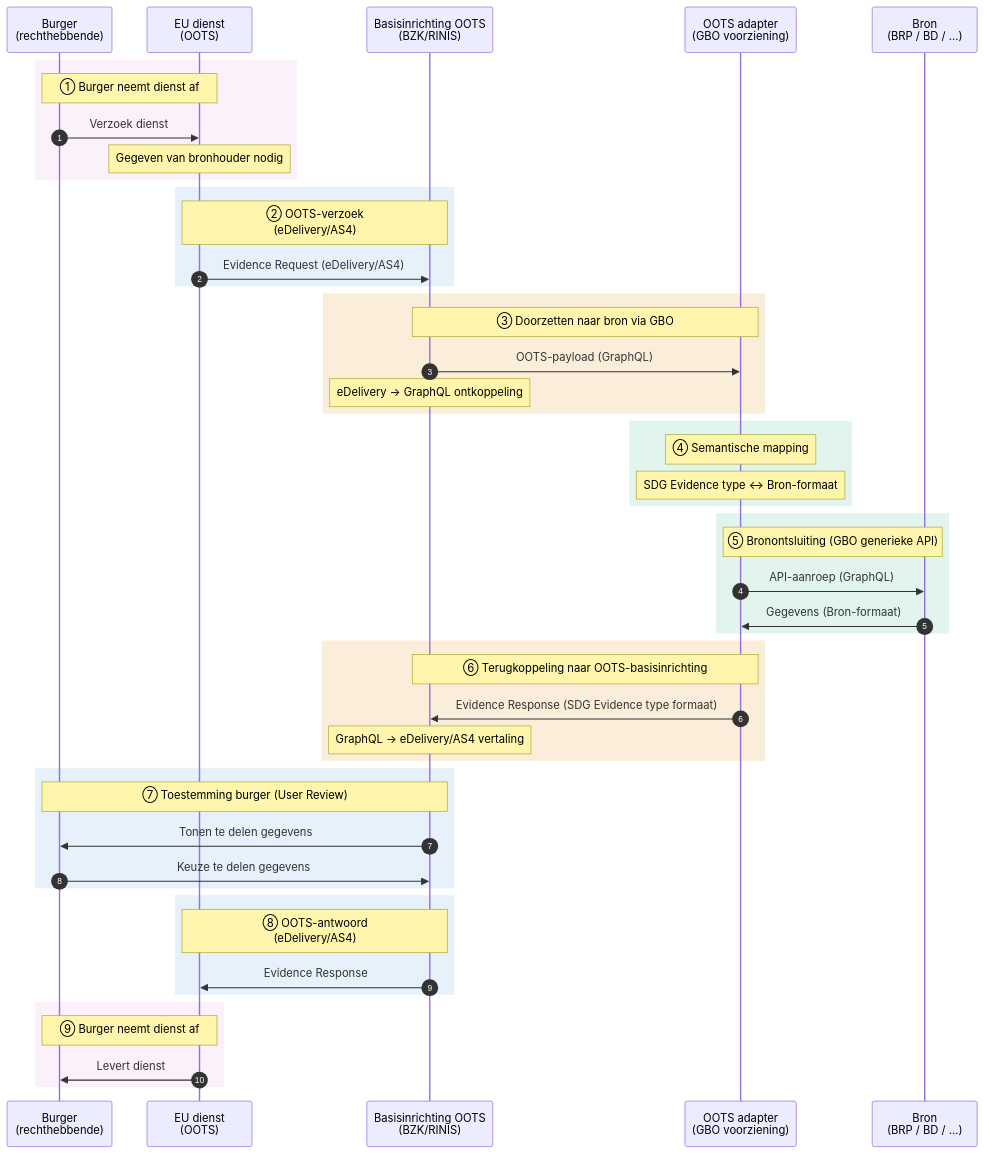
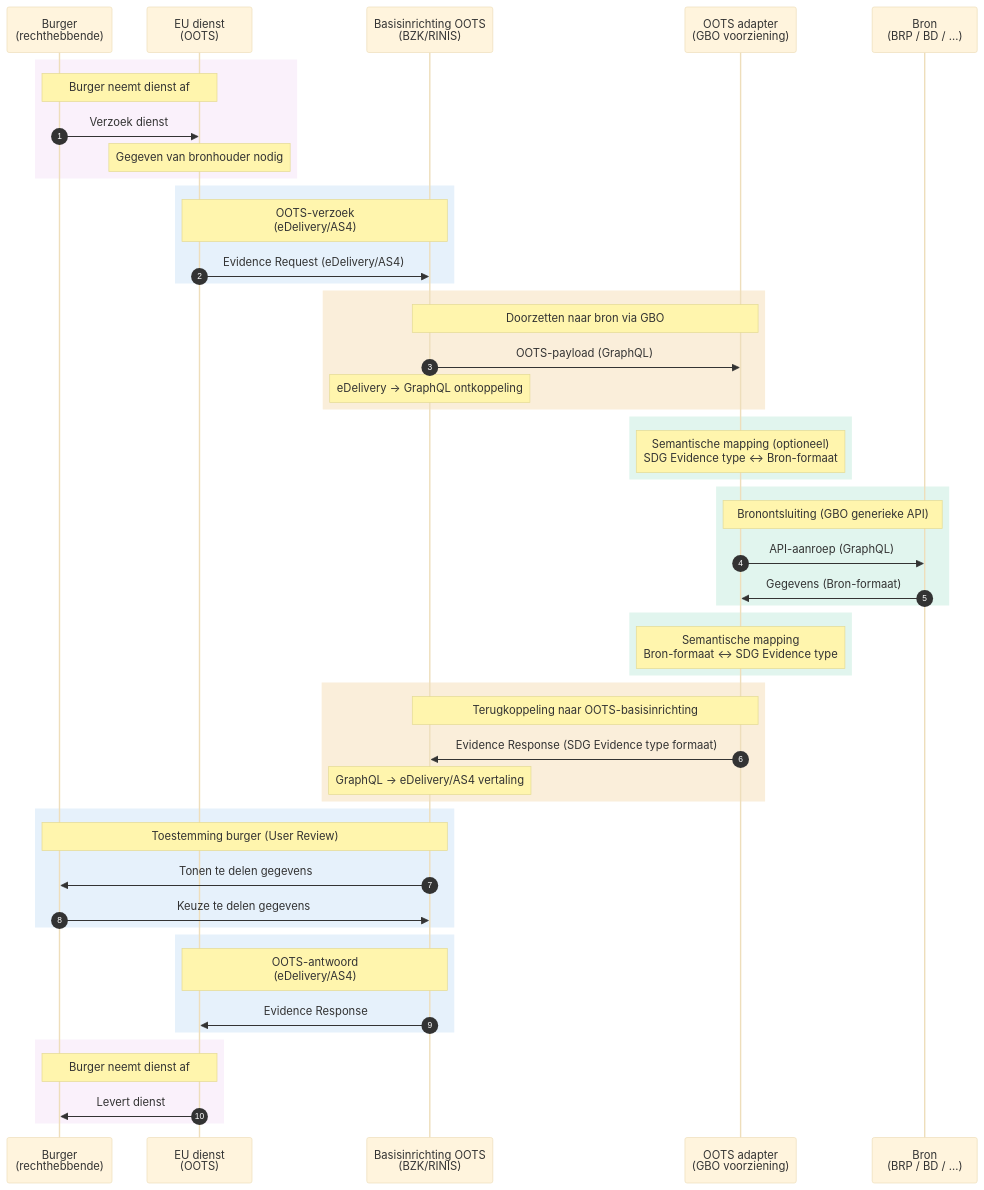
Before and after one commit to ICTU/GBO-GO: the diagram in main/diagrammen/interactiepatroon-OOTS-verzoek.mmd, drawn with Mermaid. The commit also changed 9 other files, not shown here.

```diff
--- a/main/diagrammen/interactiepatroon-OOTS-verzoek.mmd
+++ b/main/diagrammen/interactiepatroon-OOTS-verzoek.mmd
@@ -1,57 +1,71 @@
+%%{
+  init: {
+    'theme': 'base',
+    'themeVariables': {
+      'darkMode': false,
+      'background': '#FFFFFF',
+      'edgeLabelBackground': '#FFFFFF'
+    },
+    'themeCSS': 'svg, .mermaid, #mermaid-svg, .mermaid > svg { background-color: #FFFFFF !important; background: #FFFFFF !important; } @media (prefers-color-scheme: dark) { svg, .mermaid, #mermaid-svg, .mermaid > svg { background-color: #FFFFFF !important; background: #FFFFFF !important; } }'
+  }
+}%%
 sequenceDiagram
     autonumber
     participant BRG as Burger<br/>(rechthebbende)
     participant EU as EU dienst<br/>(OOTS)
     participant RINIS as Basisinrichting OOTS<br />(BZK/RINIS)
     participant GBO as OOTS adapter<br/>(GBO voorziening)
     participant BRH as Bron<br/>(BRP / BD / …)
 
     rect rgb(250, 241, 251)
-        Note over BRG,EU: ① Burger neemt dienst af
+        Note over BRG,EU: Burger neemt dienst af
         BRG->>EU: Verzoek dienst
         Note over EU: Gegeven van bronhouder nodig
     end
 
     rect rgb(230, 241, 251)
-        Note over EU,RINIS: ② OOTS-verzoek<br />(eDelivery/AS4)
+        Note over EU,RINIS: OOTS-verzoek<br />(eDelivery/AS4)
         EU->>RINIS: Evidence Request (eDelivery/AS4)
     end
 
     rect rgb(250, 238, 218)
-        Note over RINIS,GBO: ③ Doorzetten naar bron via GBO
+        Note over RINIS,GBO: Doorzetten naar bron via GBO
         RINIS->>GBO: OOTS-payload (GraphQL)
         Note over RINIS: eDelivery → GraphQL ontkoppeling
     end
 
     rect rgb(225, 245, 238)
-        Note over GBO: ④ Semantische mapping
-        Note over GBO: SDG Evidence type ↔ Bron-formaat
+        Note over GBO: Semantische mapping (optioneel)<br/>SDG Evidence type ↔ Bron-formaat
     end
 
     rect rgb(225, 245, 238)
-        Note over GBO,BRH: ⑤ Bronontsluiting (GBO generieke API)
+        Note over GBO,BRH: Bronontsluiting (GBO generieke API)
         GBO->>BRH: API-aanroep (GraphQL)
         BRH->>GBO: Gegevens (Bron-formaat)
     end
 
+    rect rgb(225, 245, 238)
+        Note over GBO: Semantische mapping<br/>Bron-formaat ↔ SDG Evidence type
+    end
+
     rect rgb(250, 238, 218)
-        Note over GBO,RINIS: ⑥ Terugkoppeling naar OOTS-basisinrichting
+        Note over GBO,RINIS: Terugkoppeling naar OOTS-basisinrichting
         GBO->>RINIS: Evidence Response (SDG Evidence type formaat)
         Note over RINIS: GraphQL → eDelivery/AS4 vertaling
     end
 
     rect rgb(230, 241, 251)
-        Note over RINIS,BRG: ⑦ Toestemming burger (User Review)
+        Note over RINIS,BRG: Toestemming burger (User Review)
         RINIS->>BRG: Tonen te delen gegevens
         BRG->>RINIS: Keuze te delen gegevens
     end
 
     rect rgb(230, 241, 251)
-        Note over EU,RINIS: ⑧ OOTS-antwoord<br />(eDelivery/AS4)
+        Note over EU,RINIS: OOTS-antwoord<br />(eDelivery/AS4)
         RINIS->>EU: Evidence Response
     end
 
     rect rgb(250, 241, 251)
-        Note over BRG,EU: ⑨ Burger neemt dienst af
+        Note over BRG,EU: Burger neemt dienst af
         EU->>BRG: Levert dienst
     end
```
